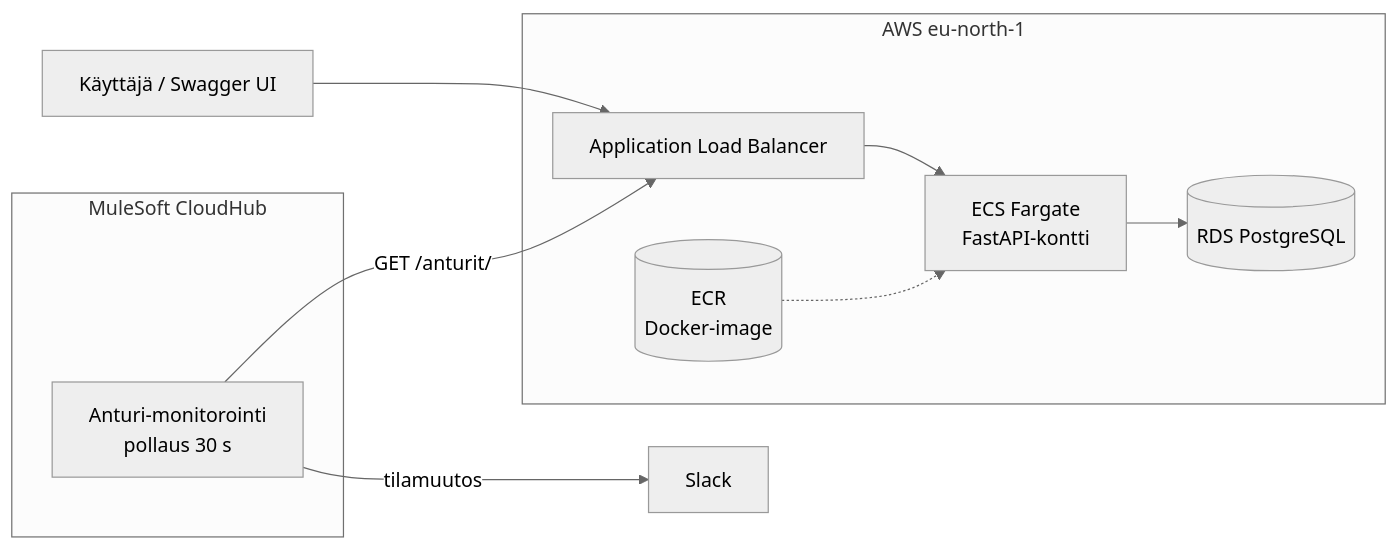
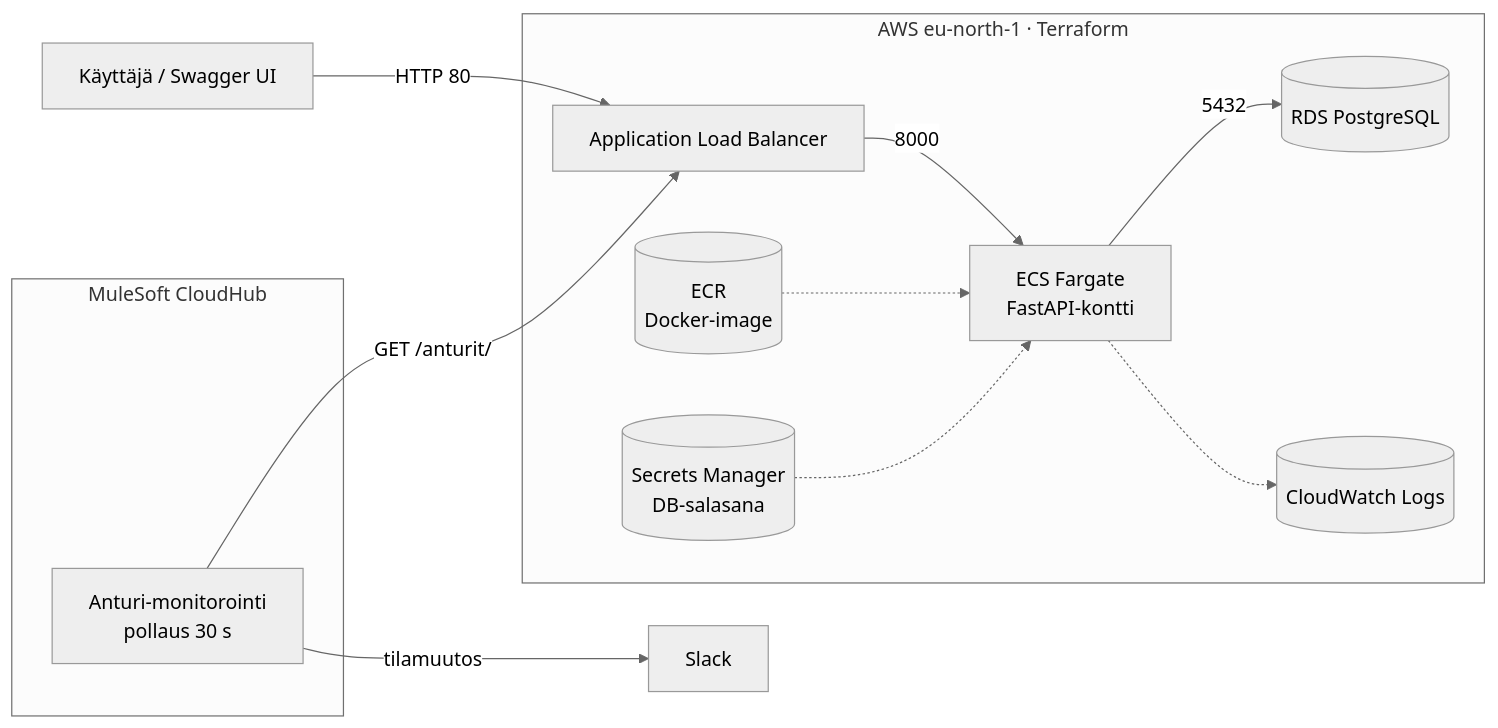
One commit to waltterir/anturi-api changed the diagram in README.md. Above: the diagram before and after it, drawn with Mermaid (neutral theme). The commit also changed other lines of this file, not shown here.

````diff
--- a/README.md
+++ b/README.md
@@ -7,14 +7,16 @@
 ```mermaid
 flowchart LR
-    U[Käyttäjä / Swagger UI] --> ALB[Application Load Balancer]
-    subgraph AWS [AWS eu-north-1]
-        ALB --> ECS[ECS Fargate<br/>FastAPI-kontti]
+    U[Käyttäjä / Swagger UI] -->|HTTP 80| ALB[Application Load Balancer]
+    subgraph AWS [AWS eu-north-1 · Terraform]
+        ALB -->|8000| ECS[ECS Fargate<br/>FastAPI-kontti]
+        ECS -->|5432| RDS[(RDS PostgreSQL)]
         ECR[(ECR<br/>Docker-image)] -.-> ECS
-        ECS --> RDS[(RDS PostgreSQL)]
+        SM[(Secrets Manager<br/>DB-salasana)] -.-> ECS
+        ECS -.-> CW[(CloudWatch Logs)]
     end
     subgraph CloudHub [MuleSoft CloudHub]
         MULE[Anturi-monitorointi<br/>pollaus 30 s]
     end
     MULE -->|GET /anturit/| ALB
     MULE -->|tilamuutos| SLACK[Slack]
 ```
````
